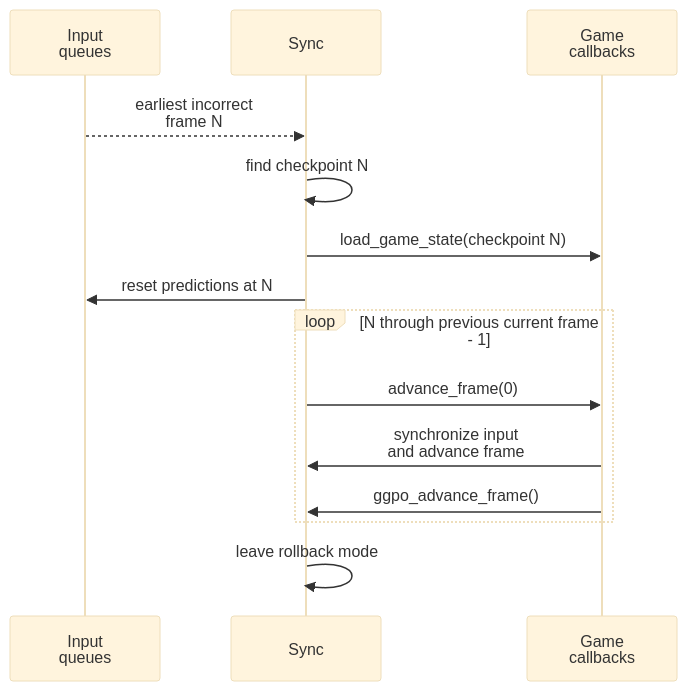
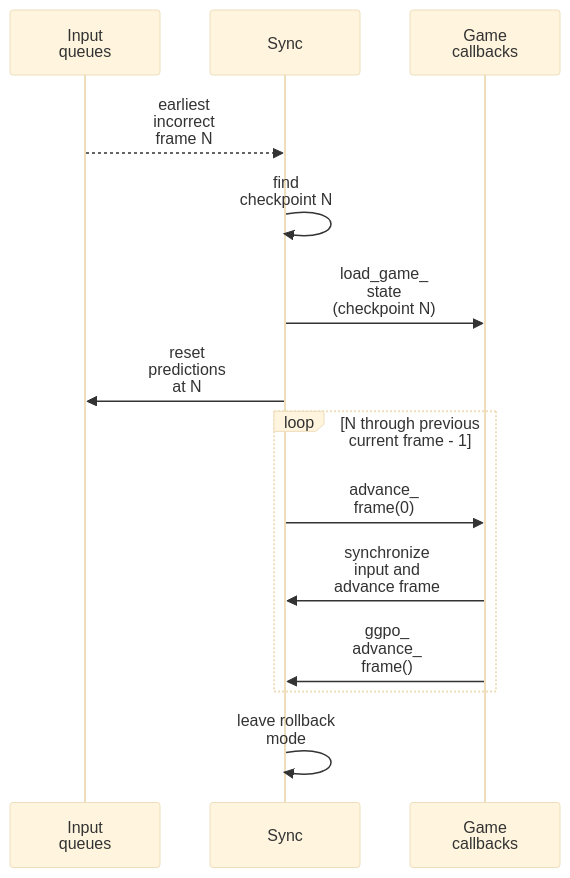
The second of 2 diagrams in doc/architecture/Synchronization.md (irregularthanis/ggpo-next), drawn with Mermaid (base theme) before and after one commit. The commit also changed other lines of this file and 8 other files, not shown here.

Commit message:
docs: tighten all architecture diagram wrapping

````diff
--- a/doc/architecture/Synchronization.md
+++ b/doc/architecture/Synchronization.md
@@ -86,17 +86,17 @@
 ```mermaid
 sequenceDiagram
     participant Queue as Input<br/>queues
     participant Sync as Sync
     participant Host as Game<br/>callbacks
 
-    Queue-->>Sync: earliest incorrect<br/>frame N
-    Sync->>Sync: find checkpoint N
-    Sync->>Host: load_game_state(checkpoint N)
-    Sync->>Queue: reset predictions at N
-    loop N through previous current frame - 1
-        Sync->>Host: advance_frame(0)
-        Host->>Sync: synchronize input<br/>and advance frame
-        Host->>Sync: ggpo_advance_frame()
+    Queue-->>Sync: earliest<br/>incorrect<br/>frame N
+    Sync->>Sync: find<br/>checkpoint N
+    Sync->>Host: load_game_<br/>state<br/>(checkpoint N)
+    Sync->>Queue: reset<br/>predictions<br/>at N
+    loop N through previous<br/>current frame - 1
+        Sync->>Host: advance_<br/>frame(0)
+        Host->>Sync: synchronize<br/>input and<br/>advance frame
+        Host->>Sync: ggpo_<br/>advance_<br/>frame()
     end
-    Sync->>Sync: leave rollback mode
+    Sync->>Sync: leave rollback<br/>mode
 ```
````
